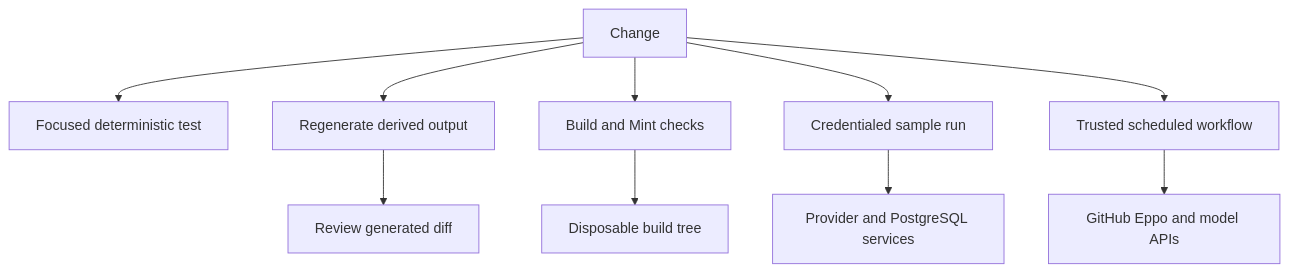
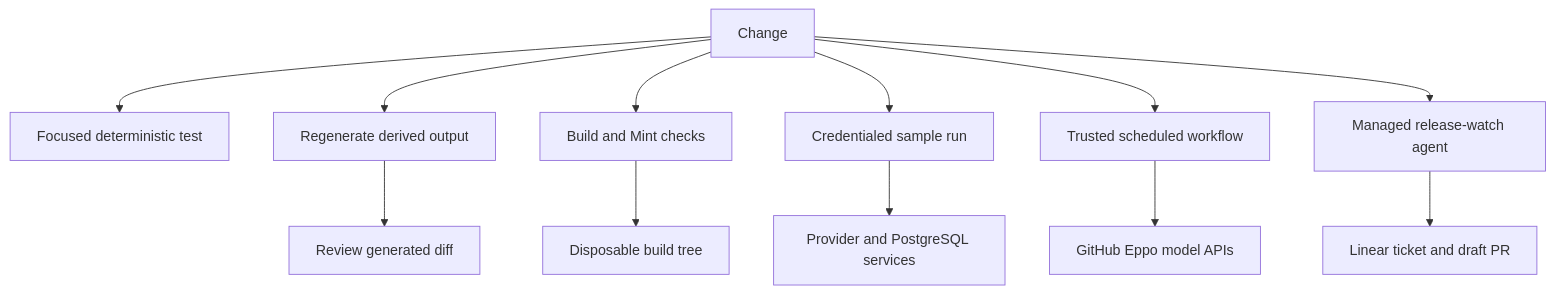
One commit to langchain-ai/docs changed the first of 3 diagrams in openwiki/testing/test-overview.md. Above: the diagram before and after it, drawn with Mermaid. The commit also changed other lines of this file and 37 other files, not shown here.

````diff
--- a/openwiki/testing/test-overview.md
+++ b/openwiki/testing/test-overview.md
@@ -61,12 +54,14 @@
 ```mermaid
 flowchart TD
   Change["Change"] --> Unit["Focused deterministic test"]
   Change --> Derived["Regenerate derived output"]
   Derived --> Diff["Review generated diff"]
   Change --> Docs["Build and Mint checks"]
   Docs --> Build["Disposable build tree"]
   Change --> Live["Credentialed sample run"]
   Live --> Services["Provider and PostgreSQL services"]
   Change --> Automation["Trusted scheduled workflow"]
-  Automation --> Remote["GitHub Eppo and model APIs"]
+  Automation --> Remote["GitHub Eppo model APIs"]
+  Change --> Watch["Managed release-watch agent"]
+  Watch --> Draft["Linear ticket and draft PR"]
 ```
````
